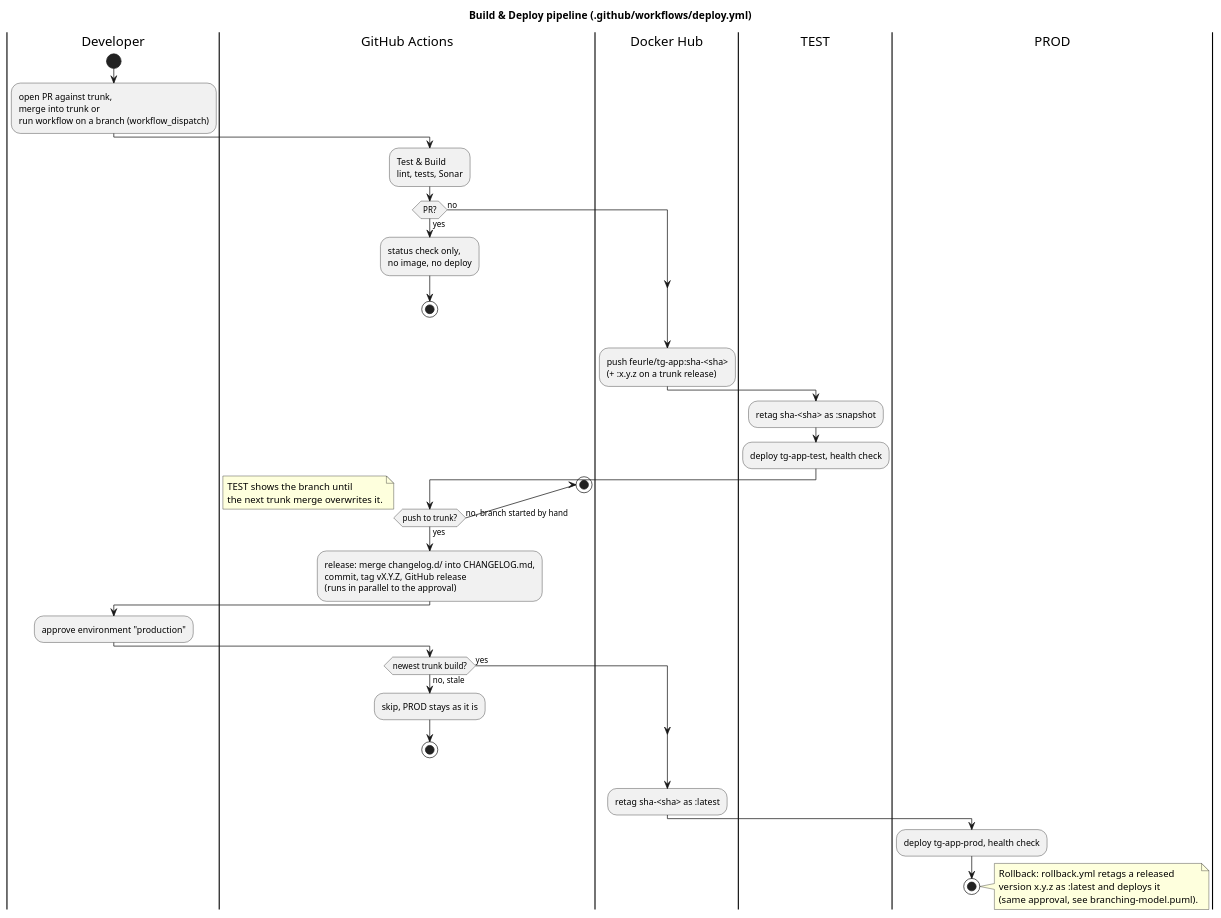
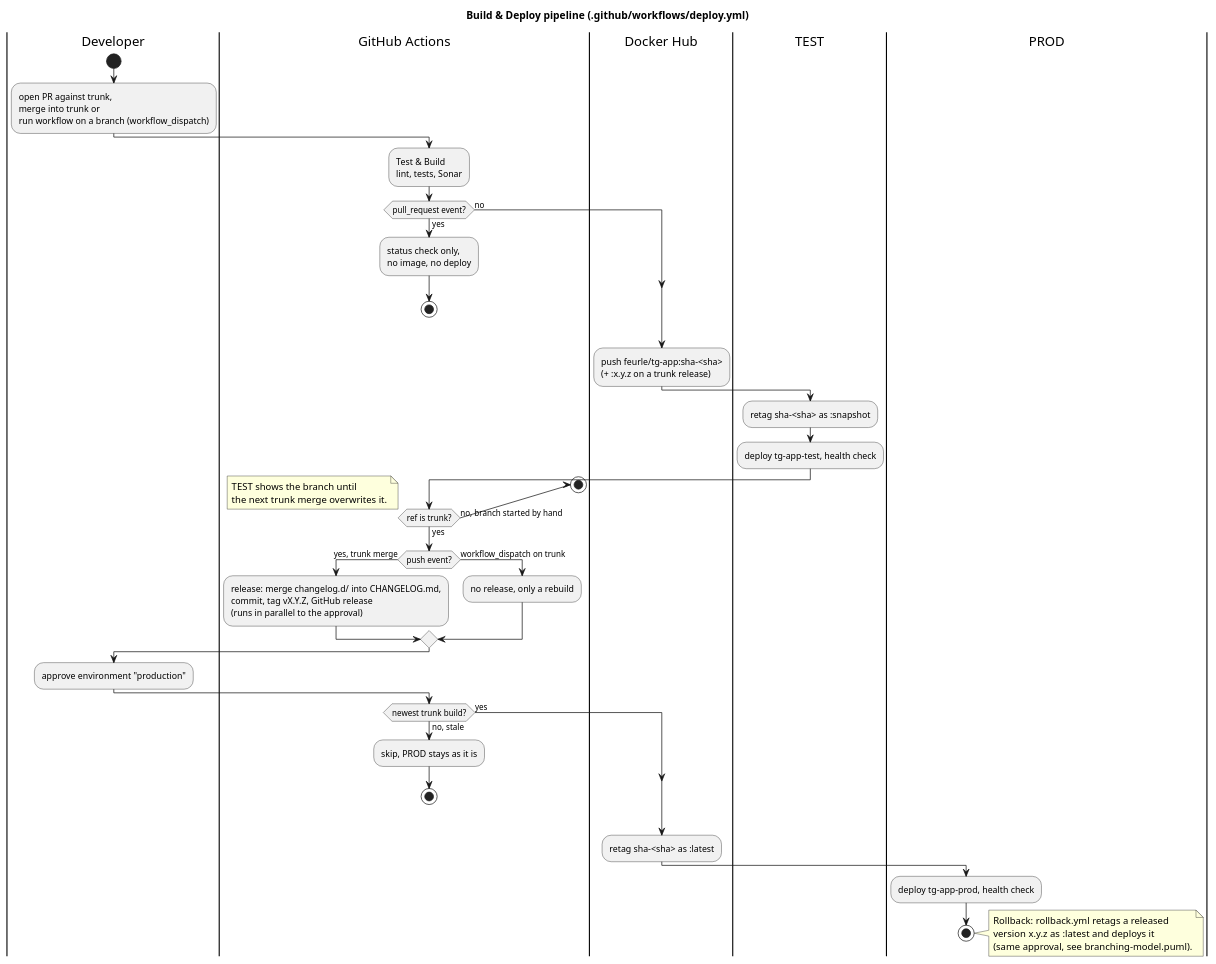
One commit to feurle/tg-app changed the diagram in docs/deployment-pipeline.puml. Above: the diagram before and after it, drawn with PlantUML. The commit also changed 4 other files, not shown here.

First line of the commit message:
docs(deployment): fix pipeline diagram conditionals and doc wording (#120)

```diff
--- a/docs/deployment-pipeline.puml
+++ b/docs/deployment-pipeline.puml
@@ -1,57 +1,61 @@
 @startuml
 'https://plantuml.com/activity-diagram-beta
 title Build & Deploy pipeline (.github/workflows/deploy.yml)
 
 |Developer|
 start
 :open PR against trunk,\nmerge into trunk or\nrun workflow on a branch (workflow_dispatch);
 
 |GitHub Actions|
 :Test & Build\nlint, tests, Sonar;
-if (PR?) then (yes)
+if (pull_request event?) then (yes)
   :status check only,\nno image, no deploy;
   stop
 else (no)
 endif
 
 |Docker Hub|
 :push feurle/tg-app:sha-<sha>\n(+ :x.y.z on a trunk release);
 
 |TEST|
 :retag sha-<sha> as :snapshot;
 :deploy tg-app-test, health check;
 
 |GitHub Actions|
-if (push to trunk?) then (no, branch started by hand)
+if (ref is trunk?) then (no, branch started by hand)
   note right
     TEST shows the branch until
     the next trunk merge overwrites it.
   end note
   stop
 else (yes)
 endif
-:release: merge changelog.d/ into CHANGELOG.md,\ncommit, tag vX.Y.Z, GitHub release\n(runs in parallel to the approval);
+if (push event?) then (yes, trunk merge)
+  :release: merge changelog.d/ into CHANGELOG.md,\ncommit, tag vX.Y.Z, GitHub release\n(runs in parallel to the approval);
+else (workflow_dispatch on trunk)
+  :no release, only a rebuild;
+endif
 
 |Developer|
 :approve environment "production";
 
 |GitHub Actions|
 if (newest trunk build?) then (no, stale)
   :skip, PROD stays as it is;
   stop
 else (yes)
 endif
 
 |Docker Hub|
 :retag sha-<sha> as :latest;
 
 |PROD|
 :deploy tg-app-prod, health check;
 stop
 
 note right
   Rollback: rollback.yml retags a released
   version x.y.z as :latest and deploys it
   (same approval, see branching-model.puml).
 end note
 @enduml
```
